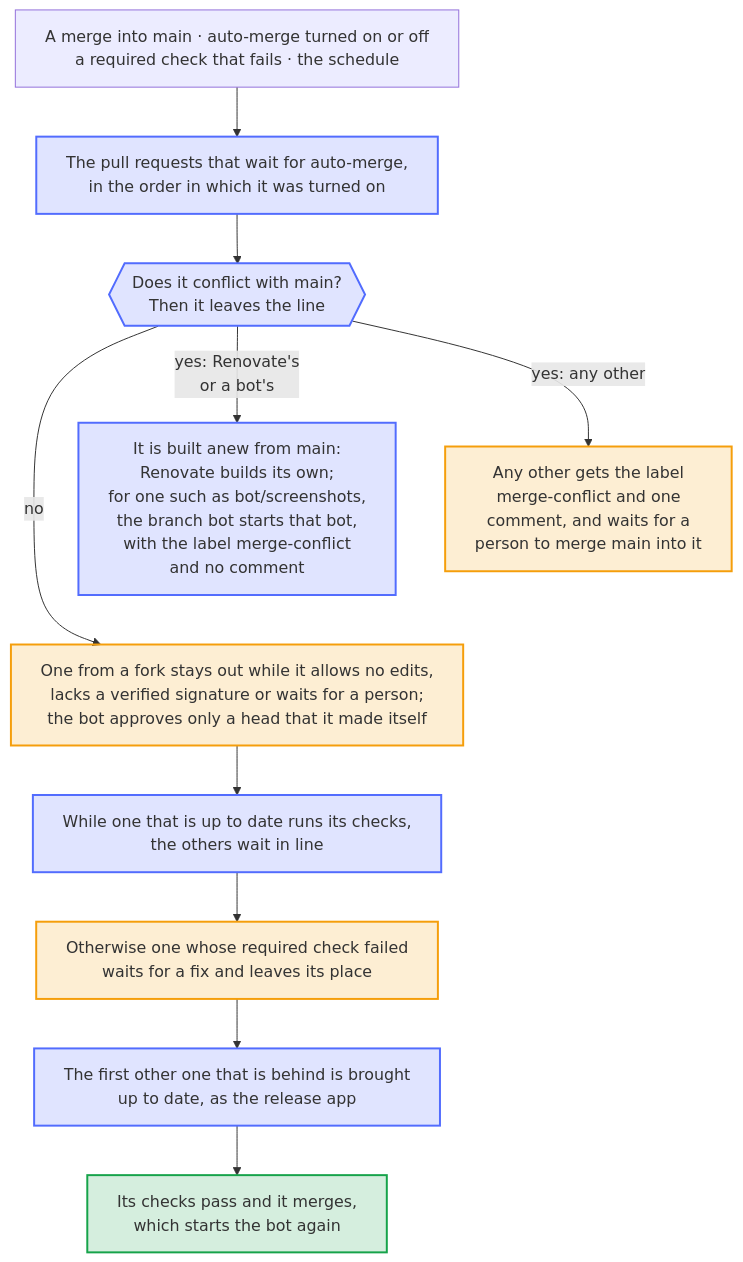
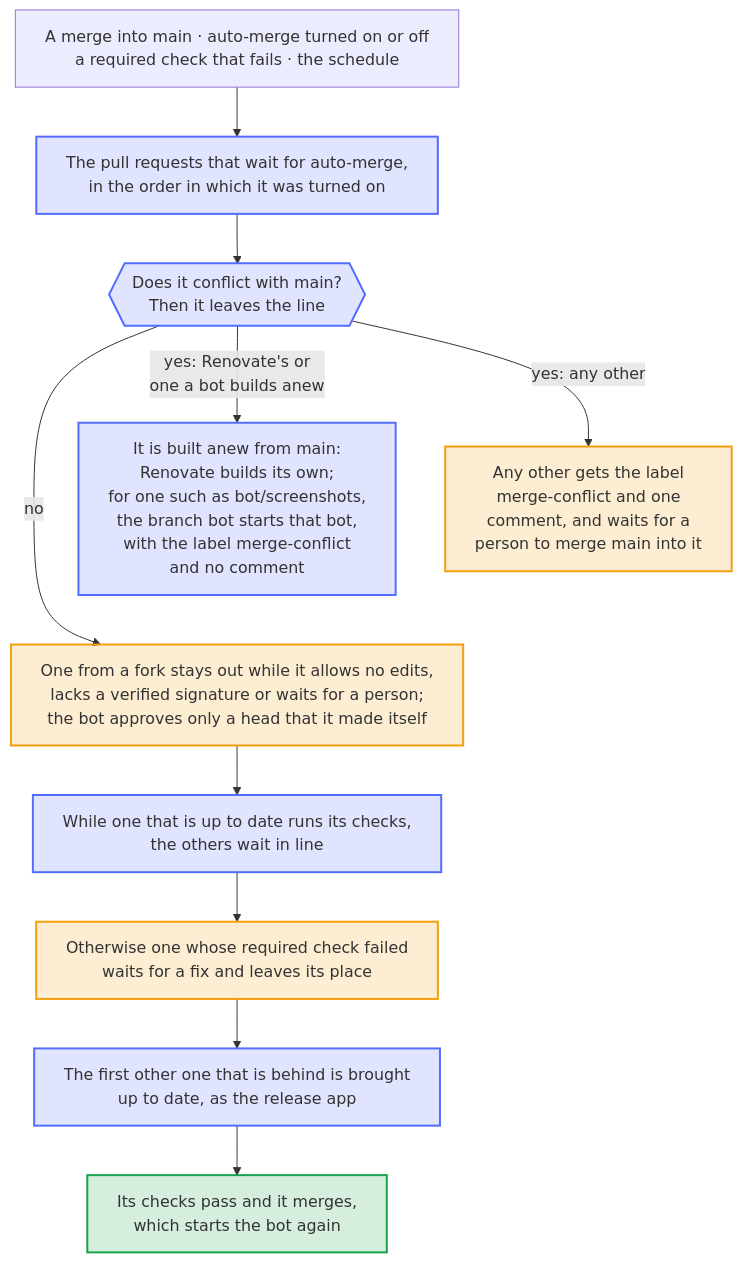
One commit to Dennis-Otto/repo-blueprint changed the diagram in docs/diagrams/the-line-of-the-branch-bot.mmd. Above: the diagram before and after it, drawn with Mermaid. The commit also changed 5 other files, not shown here.

```diff
--- a/docs/diagrams/the-line-of-the-branch-bot.mmd
+++ b/docs/diagrams/the-line-of-the-branch-bot.mmd
@@ -1,39 +1,39 @@
 ---
 config:
   flowchart:
     wrappingWidth: 400
 ---
 flowchart TB
     accTitle: The line of the branch bot
     accDescr: A merge into main, auto-merge turned on or off, or a required check of a pull request that fails starts the branch bot. It takes the pull requests that wait for auto-merge in the order in which it was turned on. One that conflicts with main leaves the line. Renovate builds a branch of its own anew. A branch of a bot that builds it anew, such as bot/screenshots, gets the label merge-conflict, and the branch bot starts that bot, which builds it anew from main, with no comment, since nobody has to act. Any other gets the label merge-conflict and one comment, and waits for a person to merge main into it. One from a fork stays out of the line while its author allows no edits by maintainers, a commit of it has no verified signature, or its runs wait for a person; the bot approves them only for a head that it made itself on top of commits that a person approved. While the checks of one that is up to date run, the others wait in line. Otherwise one whose required check failed waits for a fix, and the bot brings the first other one that is behind up to date, as the release app. Its checks run, and once they pass it merges, which starts the bot again for the next one.
 
     start["A merge into main · auto-merge turned on or off<br>a required check that fails · the schedule"]
     line["The pull requests that wait for auto-merge,<br>in the order in which it was turned on"]
     conflict{{"Does it conflict with main?<br>Then it leaves the line"}}
     rebuilt["It is built anew from main:<br>Renovate builds its own;<br>for one such as bot/screenshots,<br>the branch bot starts that bot,<br>with the label merge-conflict<br>and no comment"]
     comment["Any other gets the label<br>merge-conflict and one<br>comment, and waits for a<br>person to merge main into it"]
     fork["One from a fork stays out while it allows no edits,<br>lacks a verified signature or waits for a person;<br>the bot approves only a head that it made itself"]
     flight["While one that is up to date runs its checks,<br>the others wait in line"]
     failed["Otherwise one whose required check failed<br>waits for a fix and leaves its place"]
     update["The first other one that is behind is brought<br>up to date, as the release app"]
     merge["Its checks pass and it merges,<br>which starts the bot again"]
 
     start --> line
     line --> conflict
-    conflict -- "yes: Renovate's<br>or a bot's" --> rebuilt
+    conflict -- "yes: Renovate's or<br>one a bot builds anew" --> rebuilt
     conflict -- "no" --> fork
     conflict -- "yes: any other" --> comment
     %% The two ends of a conflict sit beside the line, which goes on below them.
     rebuilt ~~~ fork
     comment ~~~ fork
     fork --> flight
     flight --> failed
     failed --> update
     update --> merge
 
     classDef bot fill:#526cfe2e,stroke:#526cfe,stroke-width:2px
     classDef person fill:#f59e0b2e,stroke:#f59e0b,stroke-width:2px
     classDef done fill:#16a34a2e,stroke:#16a34a,stroke-width:2px
     class line,conflict,rebuilt,flight,update bot
     class comment,fork,failed person
     class merge done
```
